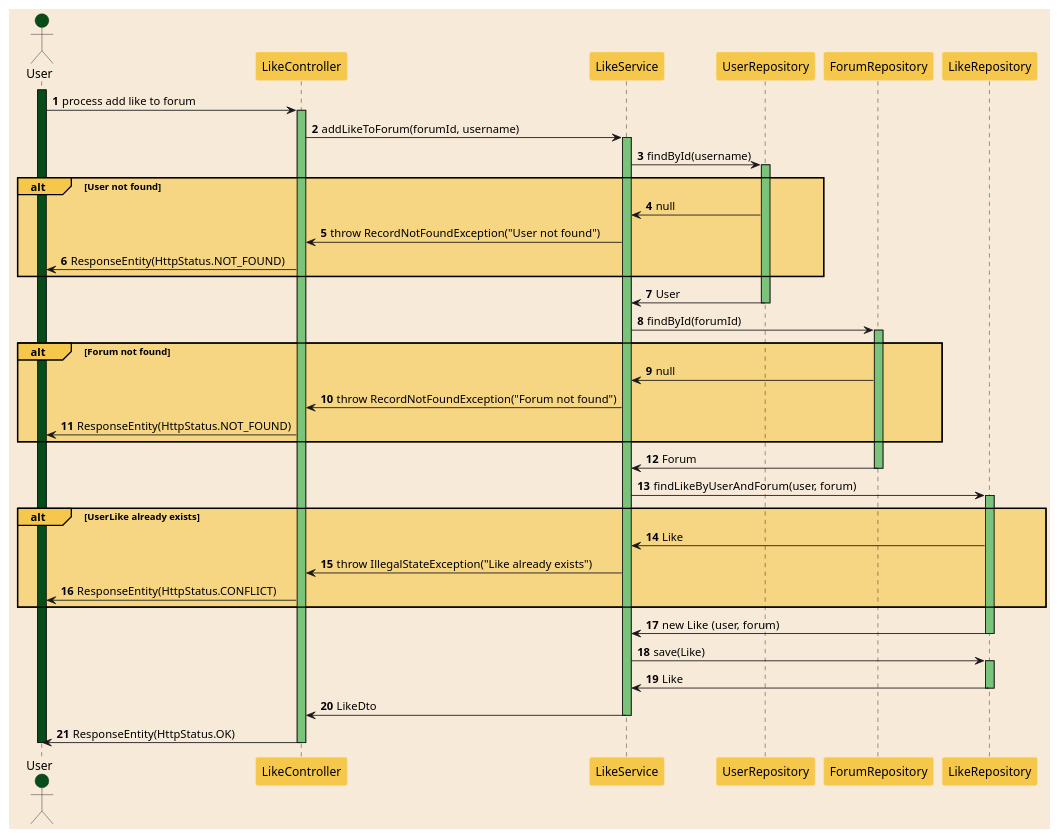
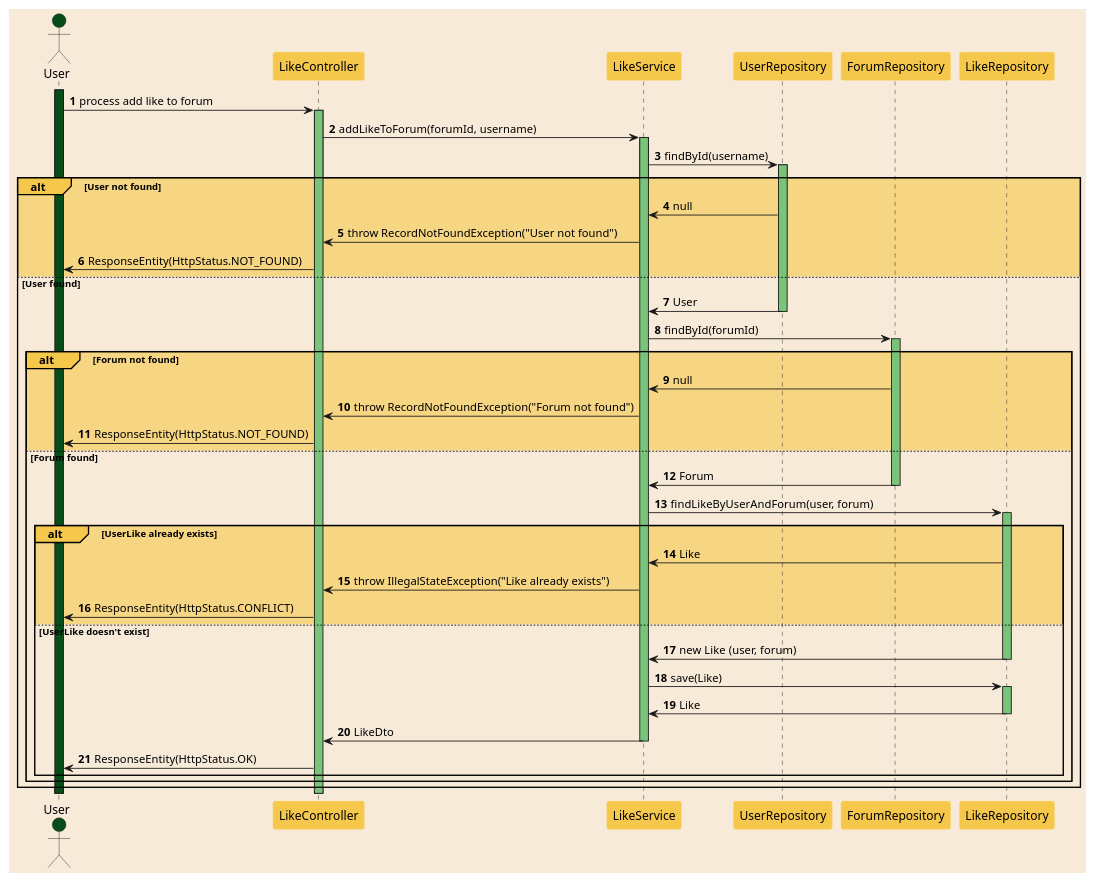
The diagram in src/main/resources/AddLikeToForumSequenceDiagram.puml (TamaraDeBeer/Backend-AutiWomen), drawn with PlantUML before and after one commit. The commit also changed 1 other file, not shown here.

Commit message:
sequentiediagrammen aangepast met happy-flow als swimlane in de alt-frames

```diff
--- a/src/main/resources/AddLikeToForumSequenceDiagram.puml
+++ b/src/main/resources/AddLikeToForumSequenceDiagram.puml
@@ -1,74 +1,74 @@
 @startuml
 'https://plantuml.com/sequence-diagram
 
 autonumber
 
 skinparam sequence {
     ParticipantBackgroundColor #F5C84C
     ParticipantBorderColor #F7E19A
 }
 
 skinparam {
     BackgroundColor #F8EAD9
     BorderColor #F8EAD9
 }
 
 actor User #064D1A
 activate User #064D1A
 
 User -> LikeController : process add like to forum
 activate LikeController #7AC37A
 
 LikeController -> LikeService : addLikeToForum(forumId, username)
 activate LikeService #7AC37A
 
 LikeService -> UserRepository : findById(username)
 activate UserRepository #7AC37A
 
 alt#F5C84C #F5C84C99 User not found
     UserRepository -> LikeService : null
     LikeService -> LikeController : throw RecordNotFoundException("User not found")
     LikeController -> User : ResponseEntity(HttpStatus.NOT_FOUND)
+else #F8EAD9 User found
+    UserRepository -> LikeService : User
+    deactivate UserRepository
+
+    LikeService -> ForumRepository : findById(forumId)
+    activate ForumRepository #7AC37A
+
+    alt#F5C84C #F5C84C99 Forum not found
+        ForumRepository -> LikeService : null
+        LikeService -> LikeController : throw RecordNotFoundException("Forum not found")
+        LikeController -> User : ResponseEntity(HttpStatus.NOT_FOUND)
+    else #F8EAD9 Forum found
+        ForumRepository -> LikeService : Forum
+        deactivate ForumRepository
+
+        LikeService -> LikeRepository : findLikeByUserAndForum(user, forum)
+        activate LikeRepository #7AC37A
+
+        alt#F5C84C #F5C84C99 UserLike already exists
+            LikeRepository -> LikeService : Like
+            LikeService -> LikeController : throw IllegalStateException("Like already exists")
+            LikeController -> User : ResponseEntity(HttpStatus.CONFLICT)
+        else #F8EAD9 UserLike doesn't exist
+            LikeRepository -> LikeService : new Like (user, forum)
+            deactivate LikeRepository
+
+            LikeService -> LikeRepository : save(Like)
+            activate LikeRepository #7AC37A
+
+            LikeRepository -> LikeService : Like
+            deactivate LikeRepository
+
+            LikeService -> LikeController : LikeDto
+            deactivate LikeService
+
+            LikeController -> User : ResponseEntity(HttpStatus.OK)
+        end
+    end
 end
 
-UserRepository -> LikeService : User
-deactivate UserRepository
-
-LikeService -> ForumRepository : findById(forumId)
-activate ForumRepository #7AC37A
-
-alt#F5C84C #F5C84C99 Forum not found
-    ForumRepository -> LikeService : null
-    LikeService -> LikeController : throw RecordNotFoundException("Forum not found")
-    LikeController -> User : ResponseEntity(HttpStatus.NOT_FOUND)
-end
-
-ForumRepository -> LikeService : Forum
-deactivate ForumRepository
-
-LikeService -> LikeRepository : findLikeByUserAndForum(user, forum)
-activate LikeRepository #7AC37A
-
-alt#F5C84C #F5C84C99 UserLike already exists
-    LikeRepository -> LikeService : Like
-    LikeService -> LikeController : throw IllegalStateException("Like already exists")
-    LikeController -> User : ResponseEntity(HttpStatus.CONFLICT)
-end
-
-LikeRepository -> LikeService : new Like (user, forum)
-deactivate LikeRepository
-
-LikeService -> LikeRepository : save(Like)
-activate LikeRepository #7AC37A
-
-LikeRepository -> LikeService : Like
-deactivate LikeRepository
-
-LikeService -> LikeController : LikeDto
-deactivate LikeService
-
-LikeController -> User : ResponseEntity(HttpStatus.OK)
 deactivate LikeController
-
 deactivate User
 @enduml
```
